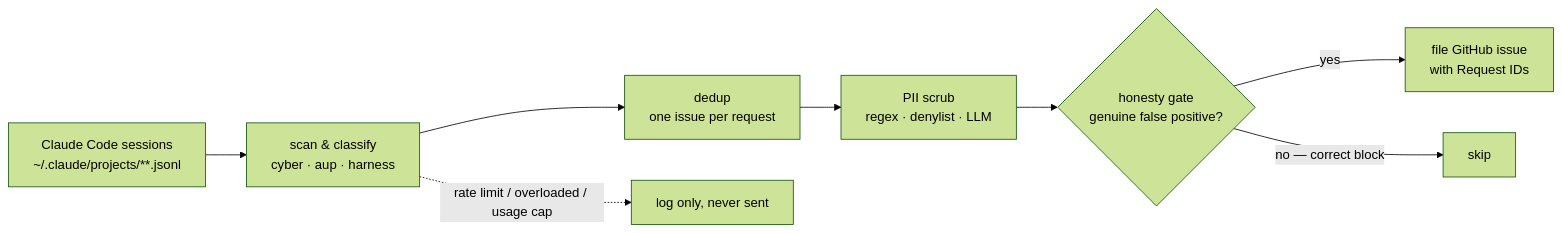
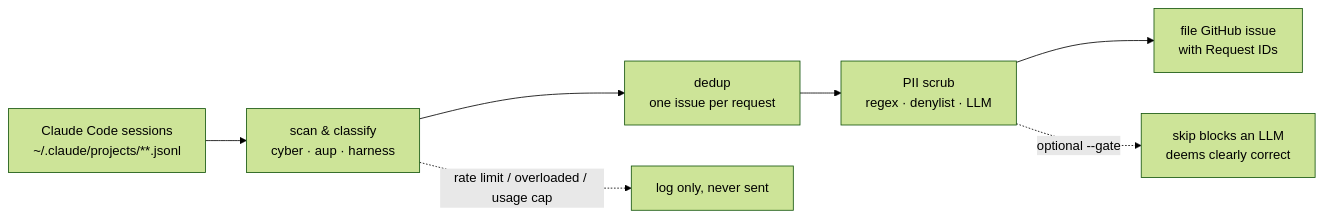
Before and after one commit to sworrl/ClAudit: the diagram in README.md, drawn with Mermaid (forest theme). The commit also changed other lines of this file and 1 other file, not shown here.

Commit message:
README: gate is opt-in (off by default) — fix diagram/pipeline/section to match; add community-poll TOC entry + gate config note

````diff
--- a/README.md
+++ b/README.md
@@ -122,10 +123,9 @@
 ```mermaid
 flowchart LR
     A["Claude Code sessions<br/>~/.claude/projects/**.jsonl"] --> B["scan &amp; classify<br/>cyber · aup · harness"]
     B --> C["dedup<br/>one issue per request"]
     C --> D["PII scrub<br/>regex · denylist · LLM"]
-    D --> E{"honesty gate<br/>genuine false positive?"}
-    E -- "yes" --> F["file GitHub issue<br/>with Request IDs"]
-    E -- "no — correct block" --> G["skip"]
+    D --> F["file GitHub issue<br/>with Request IDs"]
+    D -. "optional --gate" .-> G["skip blocks an LLM<br/>deems clearly correct"]
     B -. "rate limit / overloaded / usage cap" .-> H["log only, never sent"]
 ```
````
